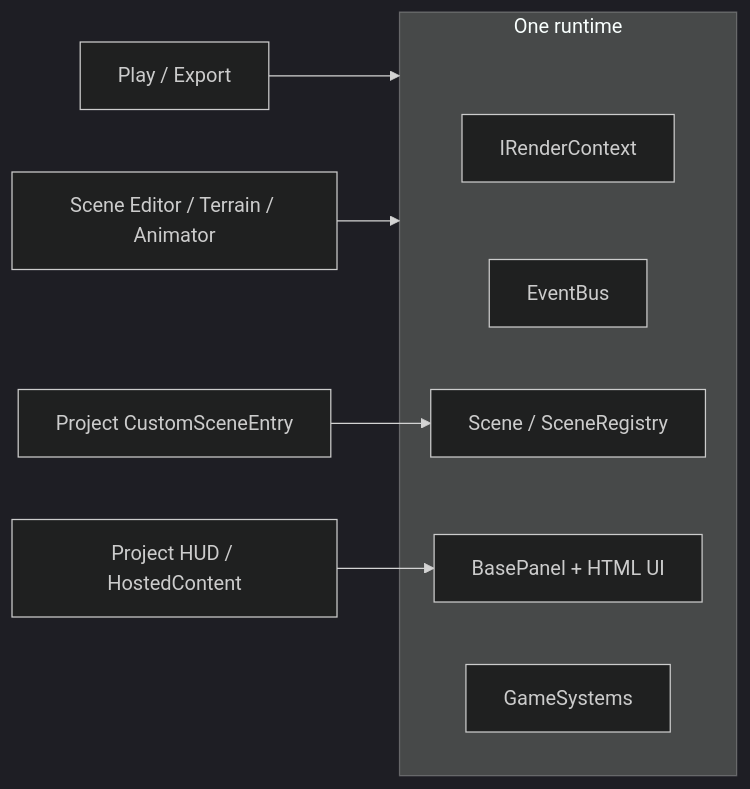
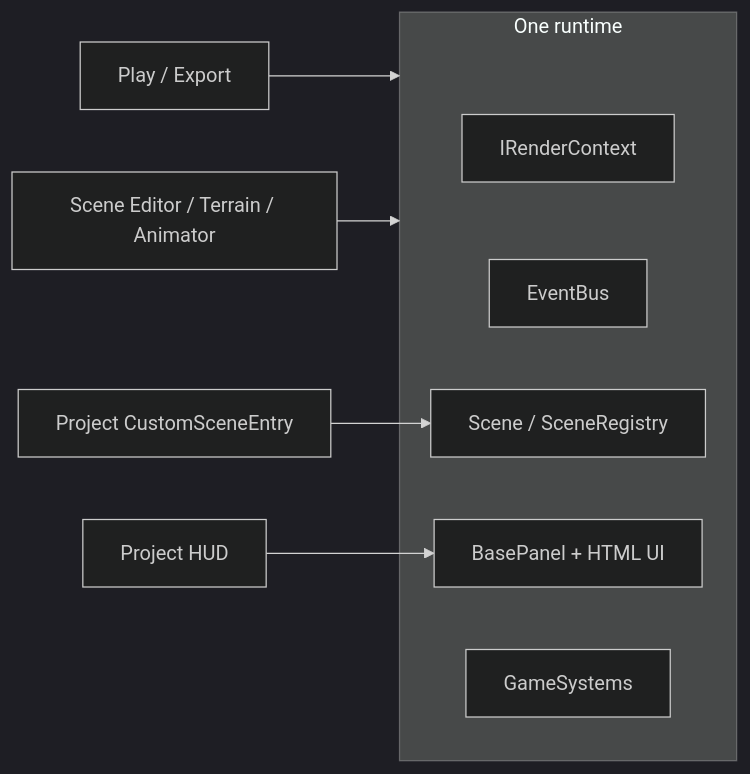
One commit to ireakhavok/Castle changed the second of 8 diagrams in docs/ARCHITECTURE.md. Above: the diagram before and after it, drawn with Mermaid. The commit also changed other lines of this file and 6 other files, not shown here.

````diff
--- a/docs/ARCHITECTURE.md
+++ b/docs/ARCHITECTURE.md
@@ -63,15 +65,15 @@
 ```mermaid
 %%{init: {'theme':'dark'}}%%
 flowchart LR
-  subgraph SameRuntime["One runtime"]
+  subgraph Runtime["One runtime"]
     R[IRenderContext]
     E[EventBus]
     S[Scene / SceneRegistry]
     P[BasePanel + HTML UI]
     G[GameSystems]
   end
-  Play[Play / Export] --> SameRuntime
-  Editor[Scene Editor / Terrain / Animator] --> SameRuntime
+  Play[Play / Export] --> Runtime
+  Editor[Scene Editor / Terrain / Animator] --> Runtime
   Custom[Project CustomSceneEntry] --> S
-  HUD[Project HUD / HostedContent] --> P
+  HUD[Project HUD] --> P
 ```
````
